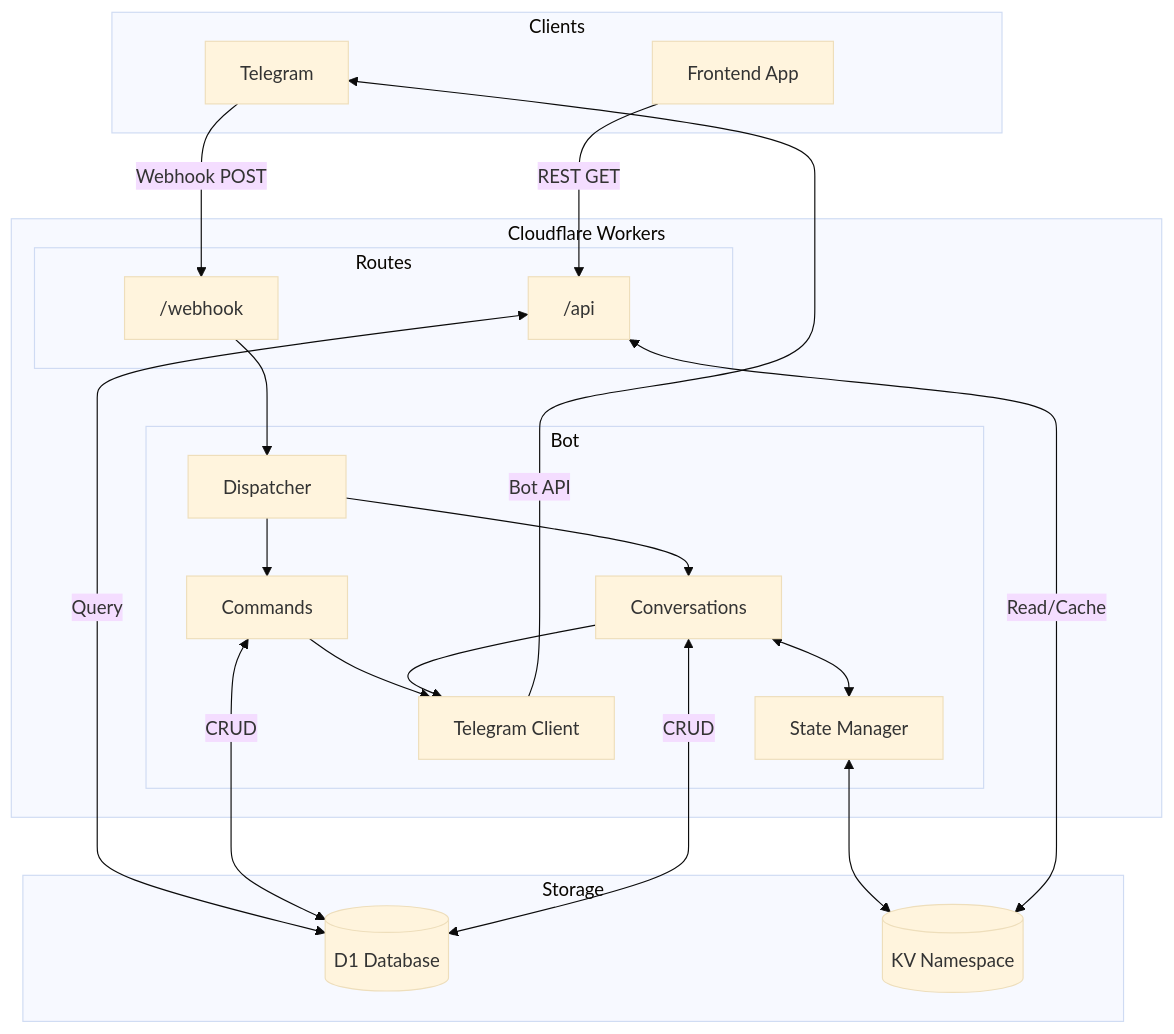
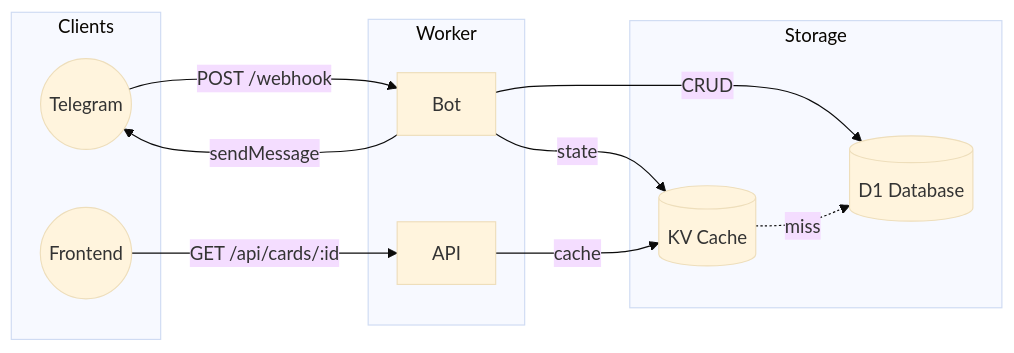
The diagram in README.md (oadultradeepfield/greeting-cards-backend), drawn with Mermaid (base theme) before and after one commit. The commit also changed other lines of this file, not shown here.

````diff
--- a/README.md
+++ b/README.md
@@ -7,44 +7,26 @@
 ```mermaid
-flowchart TB
+flowchart LR
     subgraph Clients
-        TG[Telegram]
-        FE[Frontend App]
+        TG((Telegram))
+        FE((Frontend))
     end
 
-    subgraph Cloudflare Workers
-        subgraph Routes
-            WH["/webhook"]
-            API["/api"]
-        end
-
-        subgraph Bot
-            DISP[Dispatcher]
-            CMD[Commands]
-            CONV[Conversations]
-            STATE[State Manager]
-            TG_CLIENT[Telegram Client]
-        end
+    subgraph Worker
+        Bot[Bot]
+        API[API]
     end
 
     subgraph Storage
+        KV[(KV Cache)]
         D1[(D1 Database)]
-        KV[(KV Namespace)]
     end
 
-    TG -->|Webhook POST| WH
-    FE -->|REST GET| API
+    TG -->|POST /webhook| Bot
+    Bot -->|sendMessage| TG
+    FE -->|GET /api/cards/:id| API
 
-    WH --> DISP
-    DISP --> CMD
-    DISP --> CONV
-    CONV <--> STATE
-    STATE <--> KV
-    CMD --> TG_CLIENT
-    CONV --> TG_CLIENT
-    TG_CLIENT -->|Bot API| TG
-
-    API <-->|Read/Cache| KV
-    API <-->|Query| D1
-    CMD <-->|CRUD| D1
-    CONV <-->|CRUD| D1
+    Bot -->|state| KV
+    Bot -->|CRUD| D1
+    API -->|cache| KV
+    KV -.->|miss| D1
 ```
````
